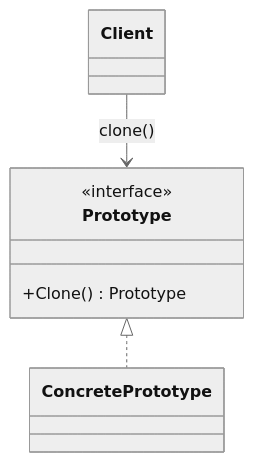
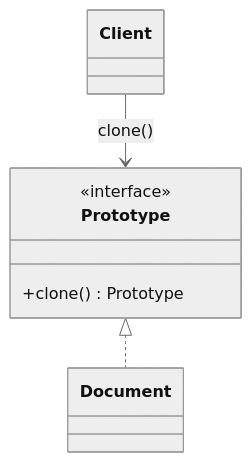
One commit to Kert0n/KPO changed the tenth of 15 diagrams in lectures/Lec4/vitepress.md. Above: the diagram before and after it, drawn with Mermaid (neutral theme). The commit also changed other lines of this file and 3 other files, not shown here.

````diff
--- a/lectures/Lec4/vitepress.md
+++ b/lectures/Lec4/vitepress.md
@@ -1190,11 +1187,12 @@
 ```mermaid
 classDiagram
-    class Prototype {
-        <<interface>>
-        +Clone() Prototype
-    }
-    class ConcretePrototype
-    class Client
-    Prototype <|.. ConcretePrototype
-    Client --> Prototype : clone()
+  class Prototype {
+    <<interface>>
+    +clone() Prototype
+  }
+  class Document
+  class Client
+
+  Prototype <|.. Document
+  Client --> Prototype : clone()
 ```
````
